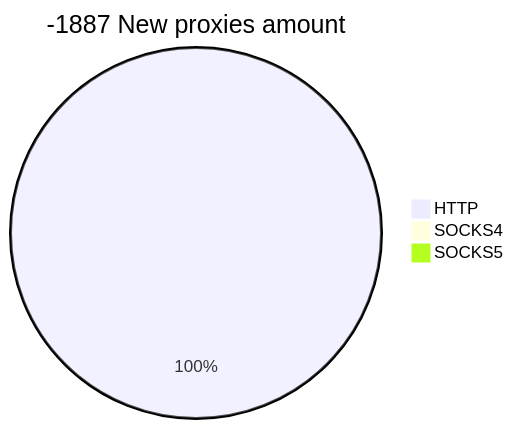
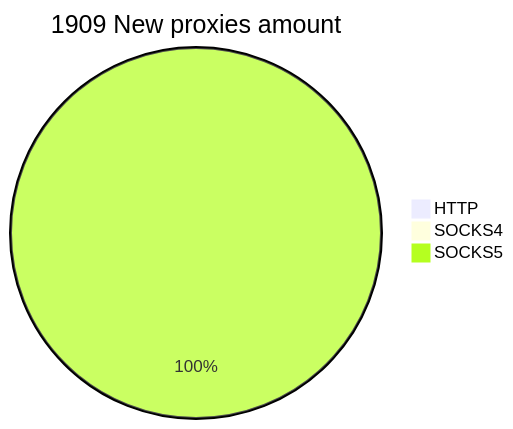
The second of 2 diagrams in README.md (cutipu/proxylist), drawn with Mermaid before and after one commit. The commit also changed other lines of this file, not shown here.

````diff
--- a/README.md
+++ b/README.md
@@ -10,6 +10,6 @@
 ```mermaid
-pie title -1887 New proxies amount
-    "HTTP" : 22
+pie title 1909 New proxies amount
+    "HTTP" : 0
     "SOCKS4" : 0
-    "SOCKS5" : 0
+    "SOCKS5" : 1909
 ```
````
